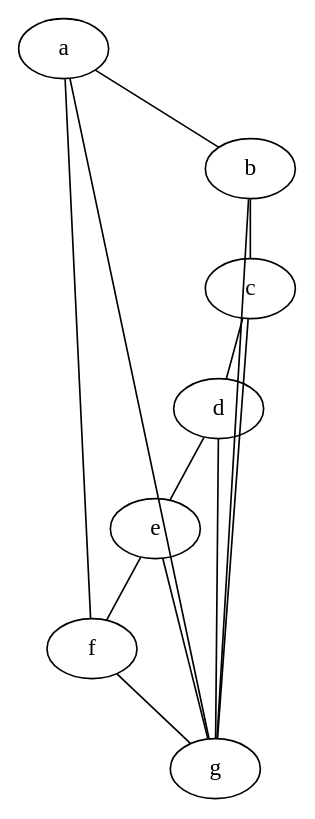
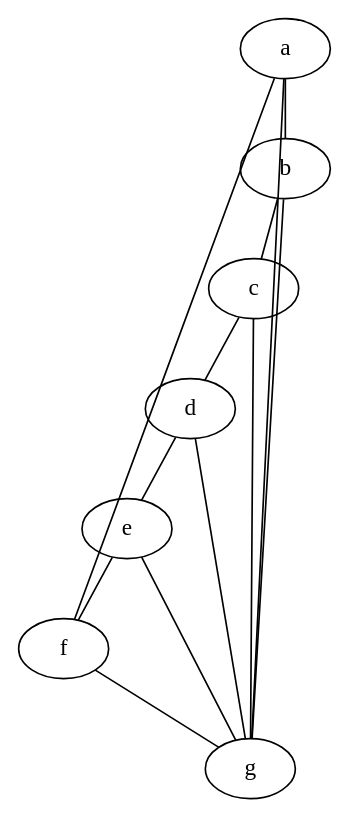
One commit to SamueleFacenda/obsidian changed the diagram in unitn/fondamenti_matematici_per_informatica/08 - Esercitazioni.md. Above: the diagram before and after it, drawn with Graphviz. The commit also changed other lines of this file, not shown here.

````diff
--- a/unitn/fondamenti_matematici_per_informatica/08 - Esercitazioni.md
+++ b/unitn/fondamenti_matematici_per_informatica/08 - Esercitazioni.md
@@ -9,17 +9,17 @@
 ```dot
 graph {
 	graph [splines=line]
+	f -- g
 	a -- b
 	a -- g
 	a -- f
 	b -- g
 	b -- c
 	c -- g
 	c -- d
 	d -- g
 	d -- e
 	e -- g
 	e -- f
-	f -- g
 }
 ```
````
